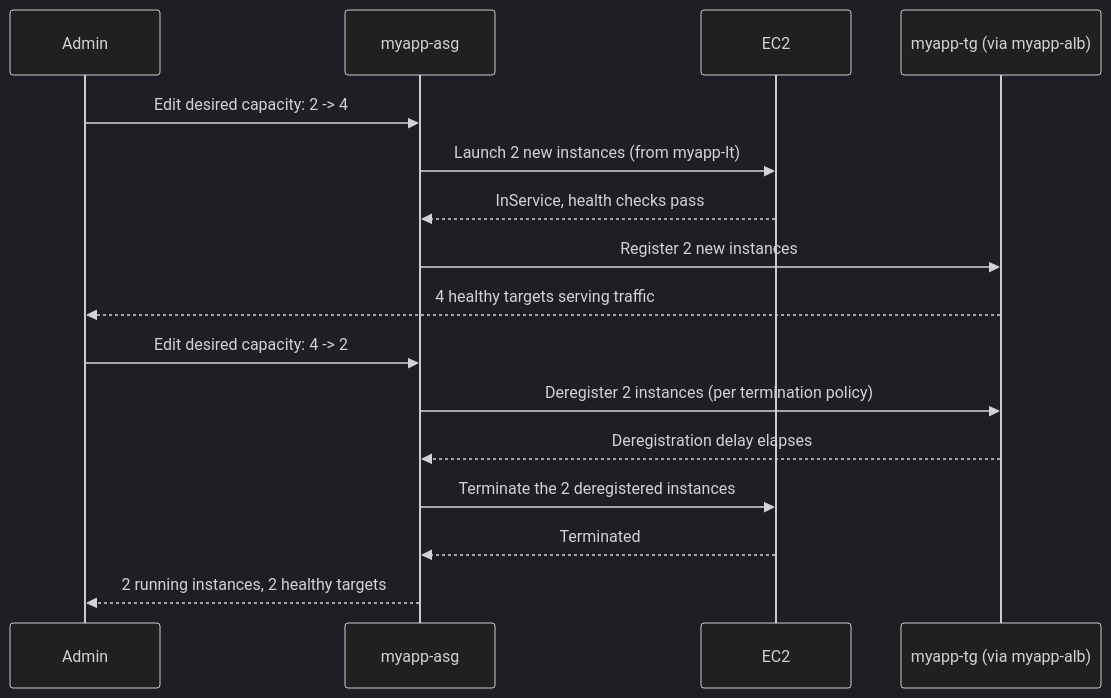
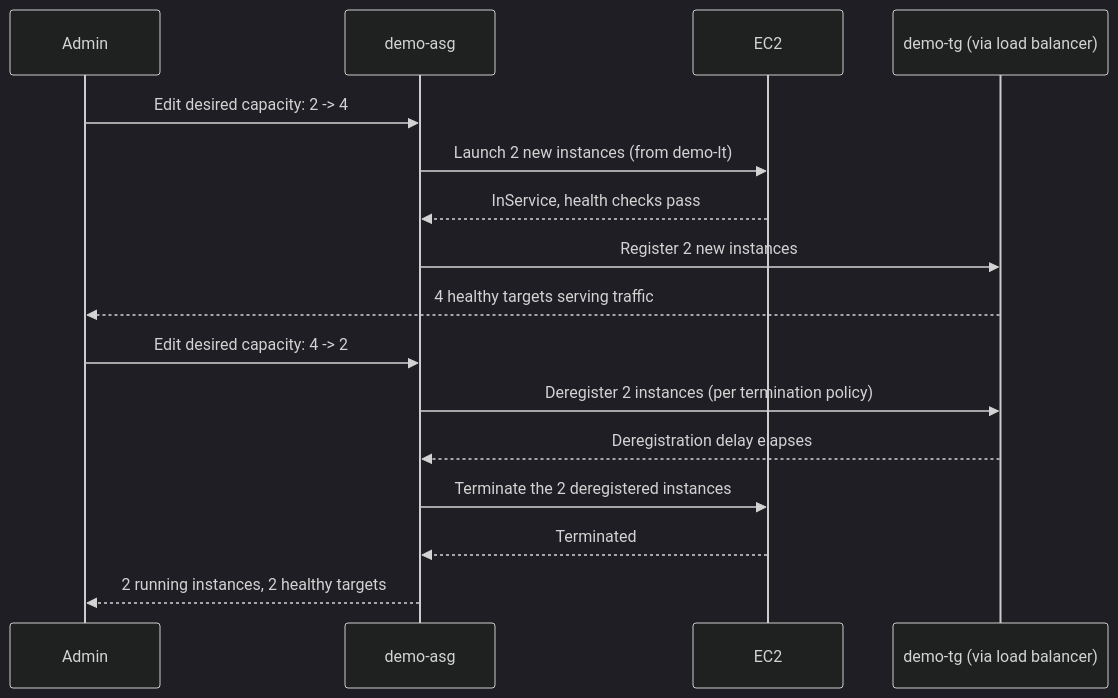
The diagram in EC2/ASG/03-Manual-Scaling-HandsOn.md (msdeepak052/AWS_Imp_Concepts), drawn with Mermaid (dark theme) before and after one commit. The commit also changed other lines of this file and 66 other files, not shown here.

````diff
--- a/EC2/ASG/03-Manual-Scaling-HandsOn.md
+++ b/EC2/ASG/03-Manual-Scaling-HandsOn.md
@@ -62,20 +62,20 @@
 ```mermaid
 sequenceDiagram
     participant Admin
-    participant ASG as myapp-asg
+    participant ASG as demo-asg
     participant EC2
-    participant TG as myapp-tg (via myapp-alb)
+    participant TG as demo-tg (via load balancer)
 
     Admin->>ASG: Edit desired capacity: 2 -> 4
-    ASG->>EC2: Launch 2 new instances (from myapp-lt)
+    ASG->>EC2: Launch 2 new instances (from demo-lt)
     EC2-->>ASG: InService, health checks pass
     ASG->>TG: Register 2 new instances
     TG-->>Admin: 4 healthy targets serving traffic
 
     Admin->>ASG: Edit desired capacity: 4 -> 2
     ASG->>TG: Deregister 2 instances (per termination policy)
     TG-->>ASG: Deregistration delay elapses
     ASG->>EC2: Terminate the 2 deregistered instances
     EC2-->>ASG: Terminated
     ASG-->>Admin: 2 running instances, 2 healthy targets
 ```
````
